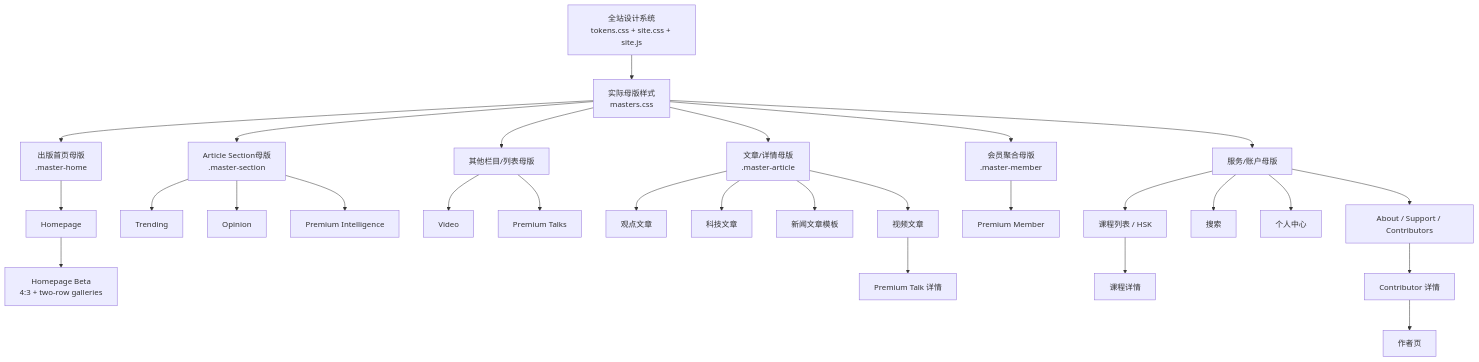
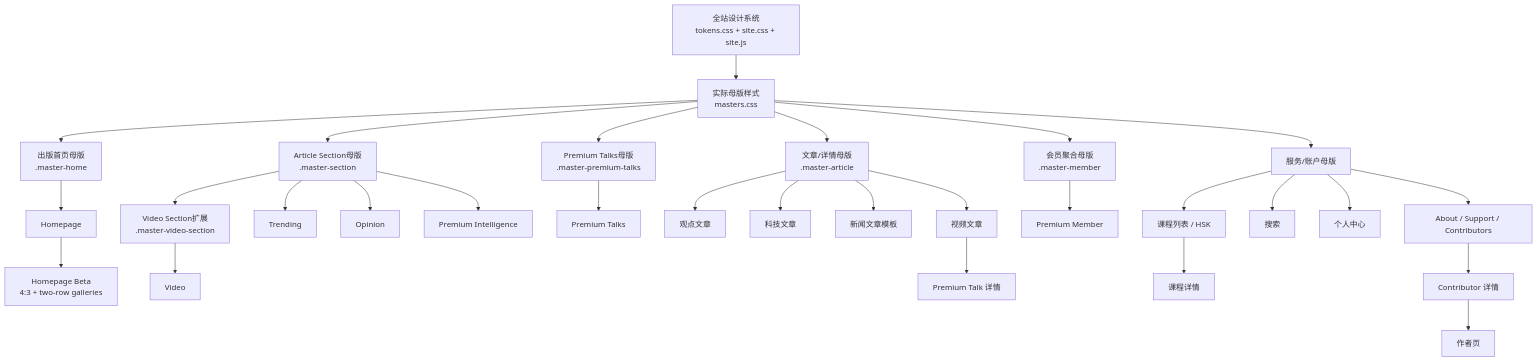
The second of 2 diagrams in MAP.md (TangYida/TCA-UI-Design), drawn with Mermaid before and after one commit. The commit also changed other lines of this file and 16 other files, not shown here.

````diff
--- a/MAP.md
+++ b/MAP.md
@@ -124,31 +125,32 @@
 ```mermaid
 flowchart TD
   DS[全站设计系统<br/>tokens.css + site.css + site.js]
   DS --> M[实际母版样式<br/>masters.css]
   M --> H[出版首页母版<br/>.master-home]
   M --> PM[会员聚合母版<br/>.master-member]
   M --> AS[Article Section母版<br/>.master-section]
-  M --> L[其他栏目/列表母版]
+  AS --> VS[Video Section扩展<br/>.master-video-section]
+  M --> PT[Premium Talks母版<br/>.master-premium-talks]
   M --> A[文章/详情母版<br/>.master-article]
   M --> S[服务/账户母版]
   H --> Home[Homepage]
   Home --> Beta[Homepage Beta<br/>4:3 + two-row galleries]
   AS --> Trend[Trending]
   AS --> TF[Opinion]
   AS --> Intelligence[Premium Intelligence]
-  L --> Video[Video]
-  L --> Talks[Premium Talks]
+  VS --> Video[Video]
+  PT --> Talks[Premium Talks]
   A --> Opinion[观点文章]
   A --> Tech[科技文章]
   A --> NewsTemplate[新闻文章模板]
   A --> VideoArticle[视频文章]
   VideoArticle --> PremiumTalk[Premium Talk 详情]
   PM --> Member[Premium Member]
   S --> Courses[课程列表 / HSK]
   Courses --> Lesson[课程详情]
   S --> Search[搜索]
   S --> Account[个人中心]
   S --> Org[About / Support / Contributors]
   Org --> Profile[Contributor 详情]
   Profile --> Archive[作者页]
 ```
````
